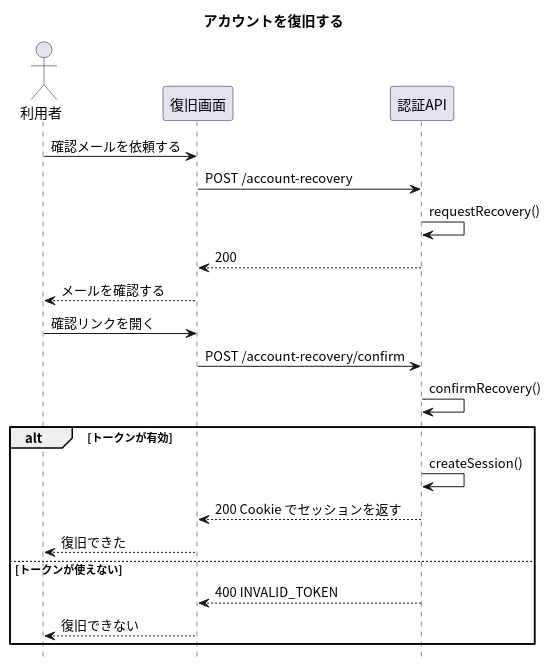
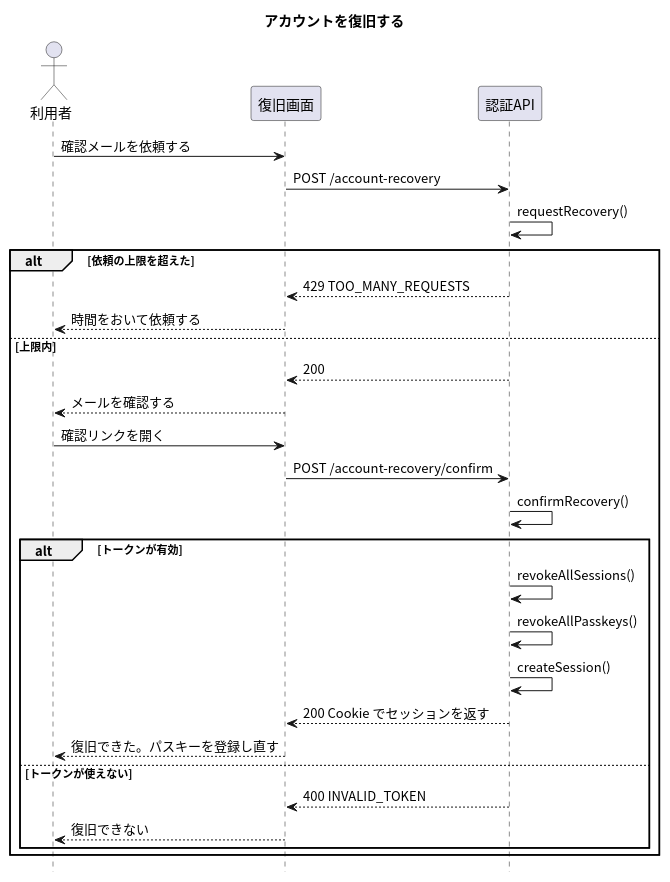
The diagram in apis/recover-account/入口.puml (masamasamasato/design-doc-template), drawn with PlantUML before and after one commit. The commit also changed 57 other files, not shown here.

```diff
--- a/apis/recover-account/入口.puml
+++ b/apis/recover-account/入口.puml
@@ -1,29 +1,36 @@
 @startuml
 skinparam shadowing false
 skinparam defaultFontName "Noto Sans CJK JP"
 skinparam SequenceFontName "Noto Sans CJK JP"
 hide footbox
 
 title アカウントを復旧する
 
 actor "利用者" as User
 participant "復旧画面" as Screen
 participant "認証API" as API
 
 User -> Screen : 確認メールを依頼する
 Screen -> API : POST /account-recovery
 API -> API : requestRecovery()
-API --> Screen : 200
-Screen --> User : メールを確認する
-User -> Screen : 確認リンクを開く
-Screen -> API : POST /account-recovery/confirm
-API -> API : confirmRecovery()
-alt トークンが有効
-  API -> API : createSession()
-  API --> Screen : 200 Cookie でセッションを返す
-  Screen --> User : 復旧できた
-else トークンが使えない
-  API --> Screen : 400 INVALID_TOKEN
-  Screen --> User : 復旧できない
+alt 依頼の上限を超えた
+  API --> Screen : 429 TOO_MANY_REQUESTS
+  Screen --> User : 時間をおいて依頼する
+else 上限内
+  API --> Screen : 200
+  Screen --> User : メールを確認する
+  User -> Screen : 確認リンクを開く
+  Screen -> API : POST /account-recovery/confirm
+  API -> API : confirmRecovery()
+  alt トークンが有効
+    API -> API : revokeAllSessions()
+    API -> API : revokeAllPasskeys()
+    API -> API : createSession()
+    API --> Screen : 200 Cookie でセッションを返す
+    Screen --> User : 復旧できた。パスキーを登録し直す
+  else トークンが使えない
+    API --> Screen : 400 INVALID_TOKEN
+    Screen --> User : 復旧できない
+  end
 end
 @enduml
```
